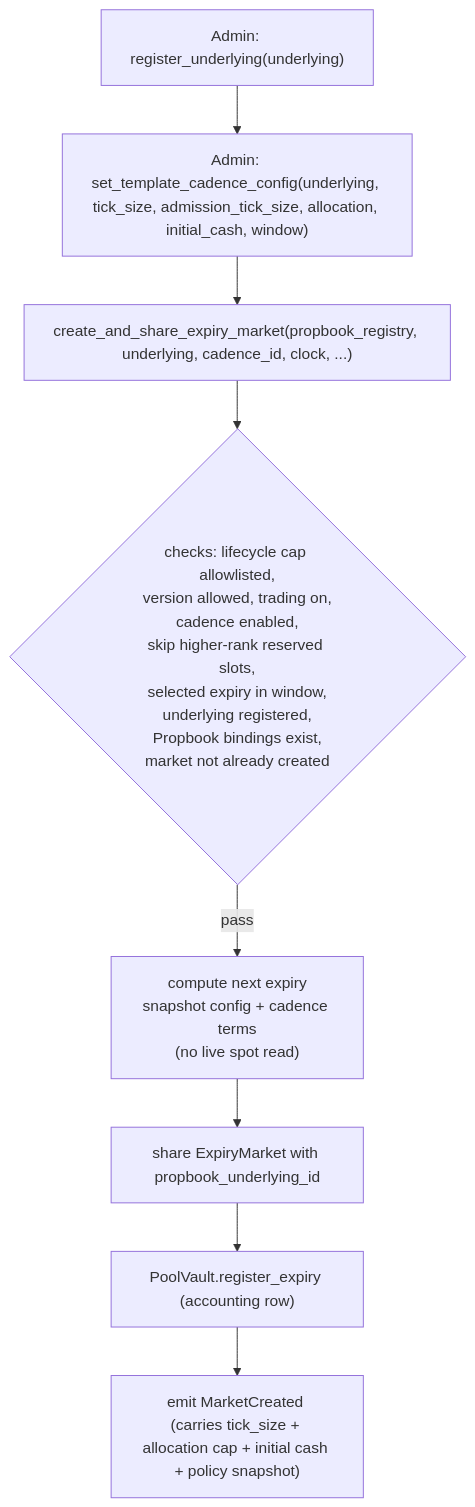
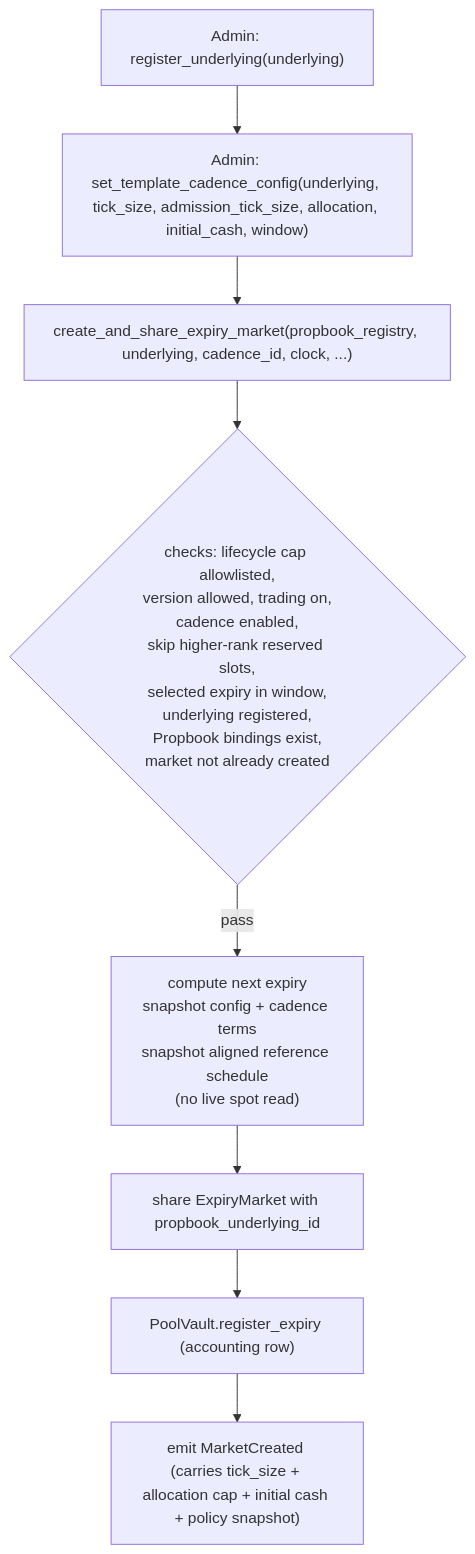
Before and after one commit to MystenLabs/deepbookv3: the first of 2 diagrams in packages/predict/docs/concepts/markets-and-positions.md, drawn with Mermaid. The commit also changed other lines of this file and 15 other files, not shown here.

Commit message:
predict: finish cadence reference tick coverage (DBU-761)

````diff
--- a/packages/predict/docs/concepts/markets-and-positions.md
+++ b/packages/predict/docs/concepts/markets-and-positions.md
@@ -26,10 +26,10 @@
 ```mermaid
 flowchart TD
   A["Admin: register_underlying(underlying)"] --> B["Admin: set_template_cadence_config(underlying, tick_size, admission_tick_size, allocation, initial_cash, window)"]
   B --> C["create_and_share_expiry_market(propbook_registry, underlying, cadence_id, clock, ...)"]
   C --> D{"checks: lifecycle cap allowlisted,<br/>version allowed, trading on,<br/>cadence enabled,<br/>skip higher-rank reserved slots,<br/>selected expiry in window,<br/>underlying registered,<br/>Propbook bindings exist,<br/>market not already created"}
-  D -->|pass| E["compute next expiry<br/>snapshot config + cadence terms<br/>(no live spot read)"]
+  D -->|pass| E["compute next expiry<br/>snapshot config + cadence terms<br/>snapshot aligned reference schedule<br/>(no live spot read)"]
   E --> F["share ExpiryMarket with propbook_underlying_id"]
   F --> G["PoolVault.register_expiry (accounting row)"]
   G --> H["emit MarketCreated (carries tick_size + allocation cap + initial cash + policy snapshot)"]
 ```
````
